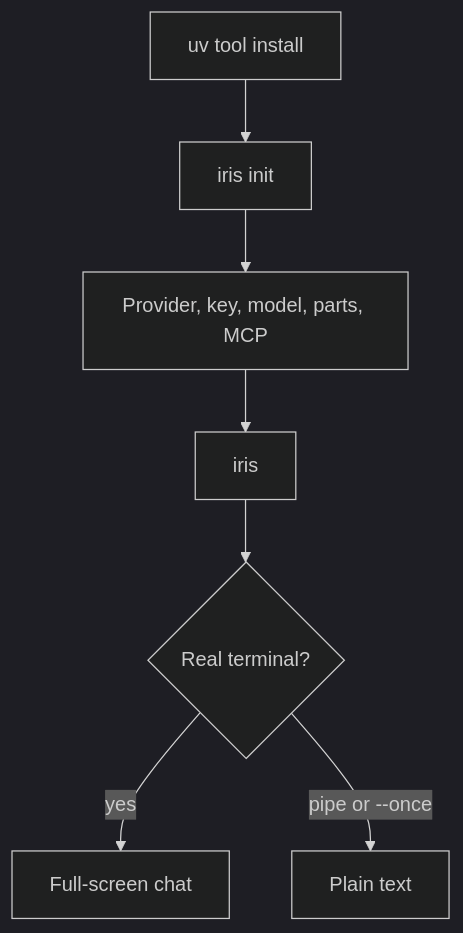
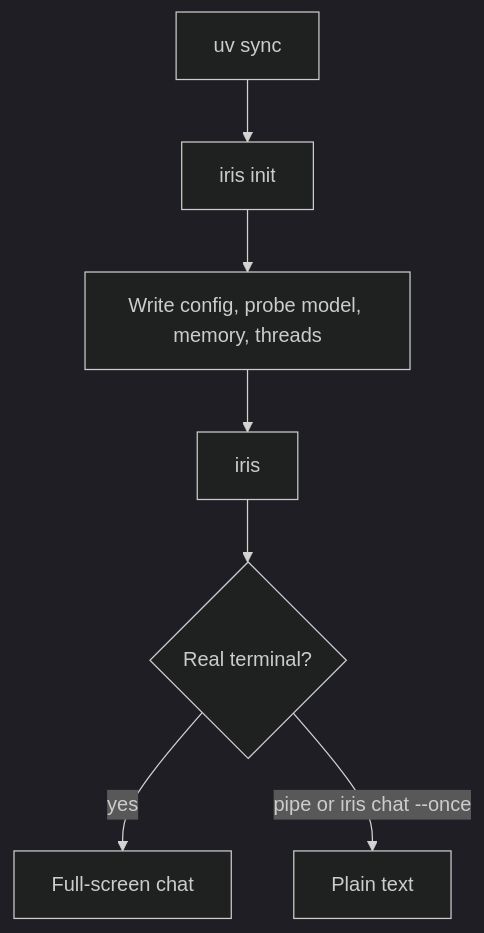
Before and after one commit to omhome16/Iris: the second of 3 diagrams in README.md, drawn with Mermaid (dark theme). The commit also changed other lines of this file and 5 other files, not shown here.

````diff
--- a/README.md
+++ b/README.md
@@ -33,9 +192,9 @@
 ```mermaid
 flowchart TD
-  install["uv tool install"] --> init["iris init"]
-  init --> wizard["Provider, key, model, parts, MCP"]
-  wizard --> chat["iris"]
+  sync["uv sync"] --> init["iris init"]
+  init --> measure["Write config, probe model, memory, threads"]
+  measure --> chat["iris"]
   chat --> tty{"Real terminal?"}
   tty -->|yes| tui["Full-screen chat"]
-  tty -->|pipe or --once| plain["Plain text"]
+  tty -->|pipe or iris chat --once| plain["Plain text"]
 ```
````
